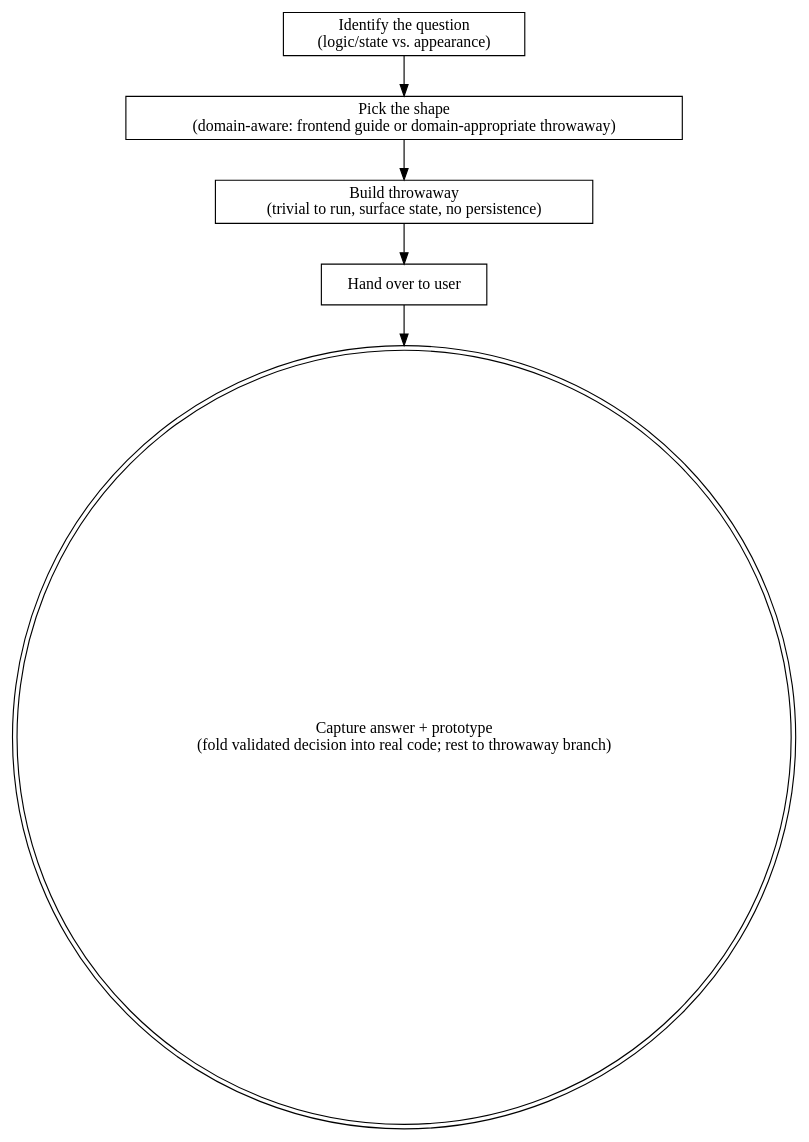
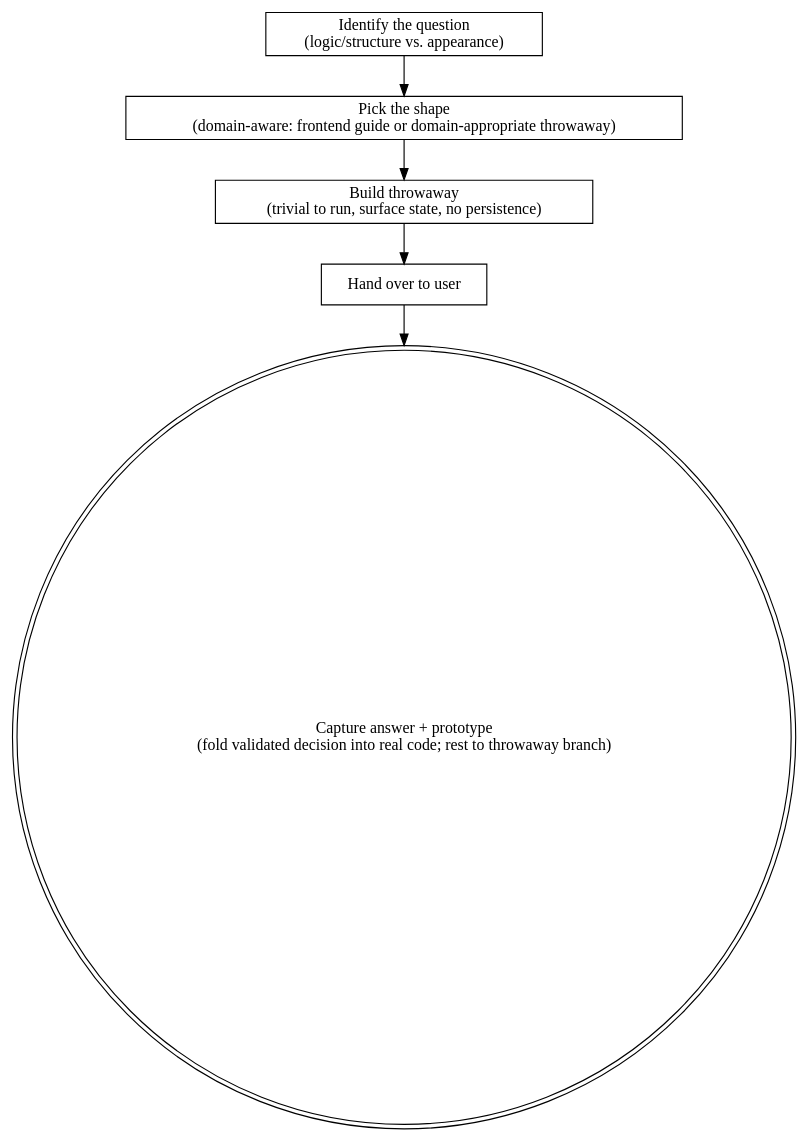
One commit to caiorcferreira/hamilton changed the diagram in skills/hamilton-wayfinder-prototype/SKILL.md. Above: the diagram before and after it, drawn with Graphviz. The commit also changed other lines of this file and 2 other files, not shown here.

````diff
--- a/skills/hamilton-wayfinder-prototype/SKILL.md
+++ b/skills/hamilton-wayfinder-prototype/SKILL.md
@@ -37,14 +39,14 @@
 ```dot
 digraph hamilton_wayfinder_prototype {
-    "Identify the question\n(logic/state vs. appearance)" [shape=box];
+    "Identify the question\n(logic/structure vs. appearance)" [shape=box];
     "Pick the shape\n(domain-aware: frontend guide or domain-appropriate throwaway)" [shape=box];
     "Build throwaway\n(trivial to run, surface state, no persistence)" [shape=box];
     "Hand over to user" [shape=box];
     "Capture answer + prototype\n(fold validated decision into real code; rest to throwaway branch)" [shape=doublecircle];
 
-    "Identify the question\n(logic/state vs. appearance)" -> "Pick the shape\n(domain-aware: frontend guide or domain-appropriate throwaway)";
+    "Identify the question\n(logic/structure vs. appearance)" -> "Pick the shape\n(domain-aware: frontend guide or domain-appropriate throwaway)";
     "Pick the shape\n(domain-aware: frontend guide or domain-appropriate throwaway)" -> "Build throwaway\n(trivial to run, surface state, no persistence)";
     "Build throwaway\n(trivial to run, surface state, no persistence)" -> "Hand over to user";
     "Hand over to user" -> "Capture answer + prototype\n(fold validated decision into real code; rest to throwaway branch)";
 }
 ```
````
